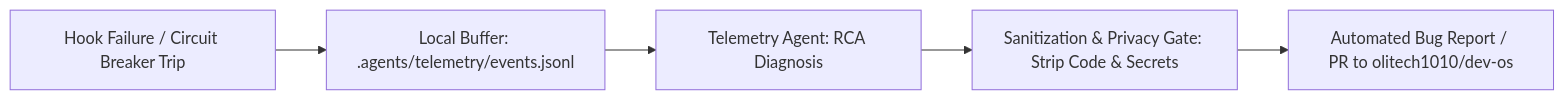
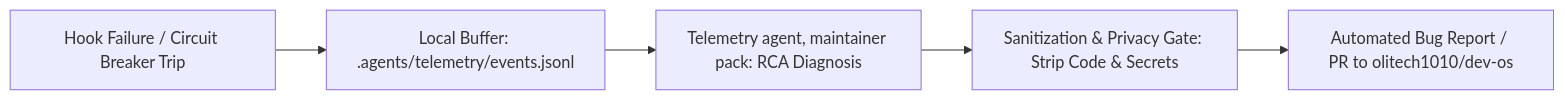
One commit to olitech1010/dev-os changed diagram 11 of 11 in templates/docs/ARCHITECTURE.md. Above: the diagram before and after it, drawn with Mermaid. The commit also changed other lines of this file and 198 other files, not shown here.

````diff
--- a/templates/docs/ARCHITECTURE.md
+++ b/templates/docs/ARCHITECTURE.md
@@ -165,7 +170,7 @@
 ```mermaid
 flowchart LR
     HookErr[Hook Failure / Circuit Breaker Trip] --> LocalLog[Local Buffer: .agents/telemetry/events.jsonl]
-    LocalLog --> TelemetryAgent[Telemetry Agent: RCA Diagnosis]
+    LocalLog --> TelemetryAgent[Telemetry agent, maintainer pack: RCA Diagnosis]
     TelemetryAgent --> Sanitize[Sanitization & Privacy Gate: Strip Code & Secrets]
     Sanitize --> UpstreamPR[Automated Bug Report / PR to olitech1010/dev-os]
 ```
````
